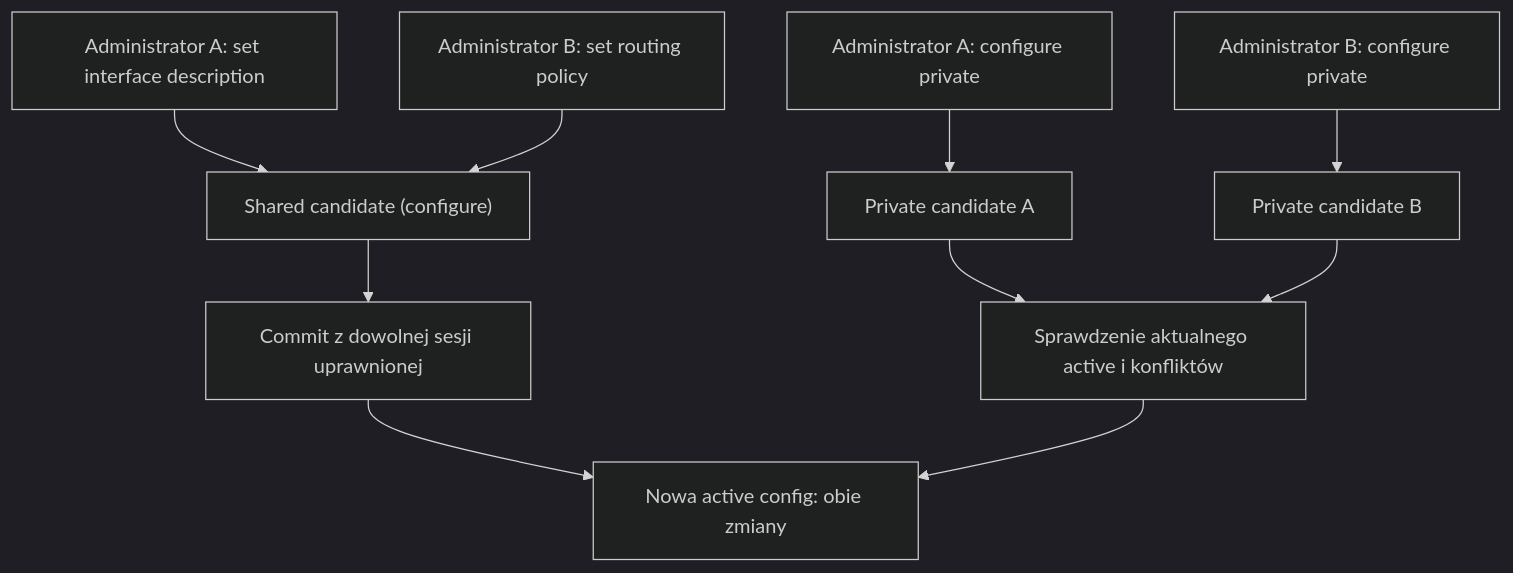
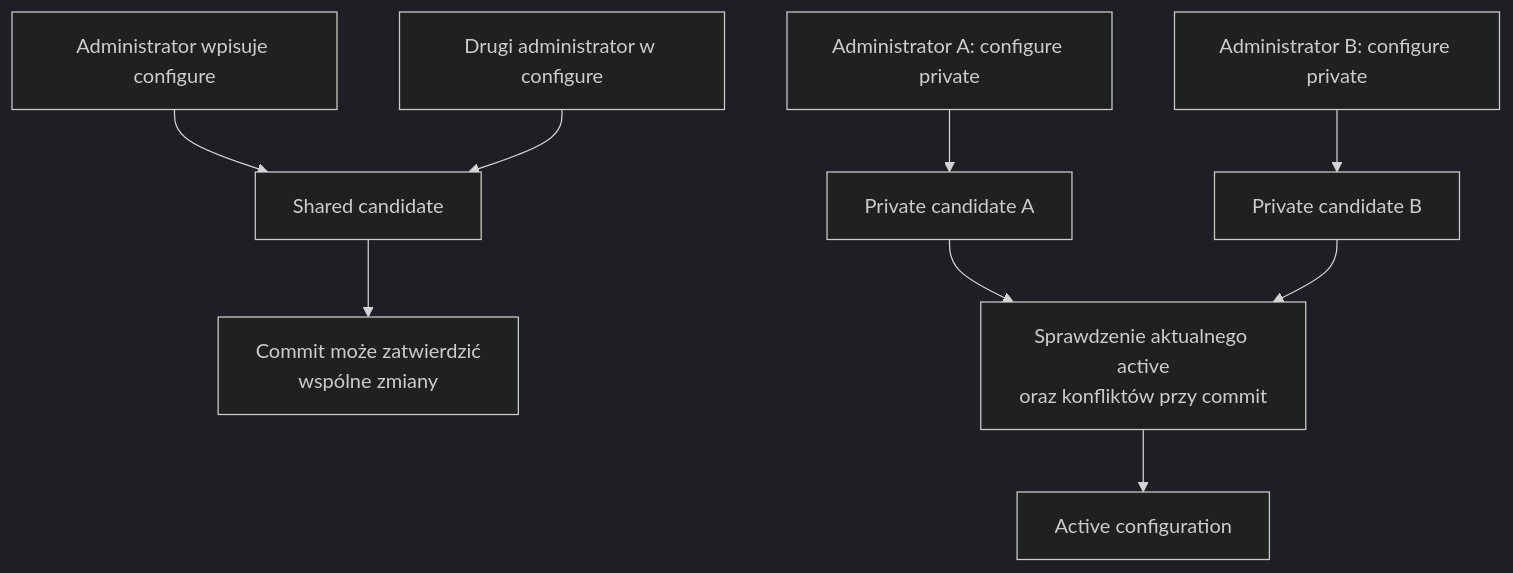
Before and after one commit to nelto79/jncip: the second of 3 diagrams in docs/chapters/JUNOS_Rozdzial_03_Junos_User_Interfaces_CLI.md, drawn with Mermaid (dark theme). The commit also changed other lines of this file, not shown here.

```diff
--- a/docs/chapters/JUNOS_Rozdzial_03_Junos_User_Interfaces_CLI.md
+++ b/docs/chapters/JUNOS_Rozdzial_03_Junos_User_Interfaces_CLI.md
@@ -514,12 +442,11 @@
 ~~~mermaid
 flowchart TD
-  AA["Administrator A: set interface description"] --> SH["Shared candidate (configure)"]
-  BB["Administrator B: set routing policy"] --> SH
-  SH --> COM["Commit z dowolnej sesji uprawnionej"]
-  COM --> ACT["Nowa active config: obie zmiany"]
-  PA["Administrator A: configure private"] --> P1["Private candidate A"]
-  PB["Administrator B: configure private"] --> P2["Private candidate B"]
-  P1 --> CHECK["Sprawdzenie aktualnego active i konfliktów"]
-  P2 --> CHECK
-  CHECK --> ACT
+  A["Administrator wpisuje configure"] --> SH["Shared candidate"]
+  B["Drugi administrator w configure"] --> SH
+  SH --> C["Commit może zatwierdzić<br/>wspólne zmiany"]
+  D["Administrator A: configure private"] --> PA["Private candidate A"]
+  E["Administrator B: configure private"] --> PB["Private candidate B"]
+  PA --> X["Sprawdzenie aktualnego active<br/>oraz konfliktów przy commit"]
+  PB --> X
+  X --> ACT["Active configuration"]
 ~~~
```
